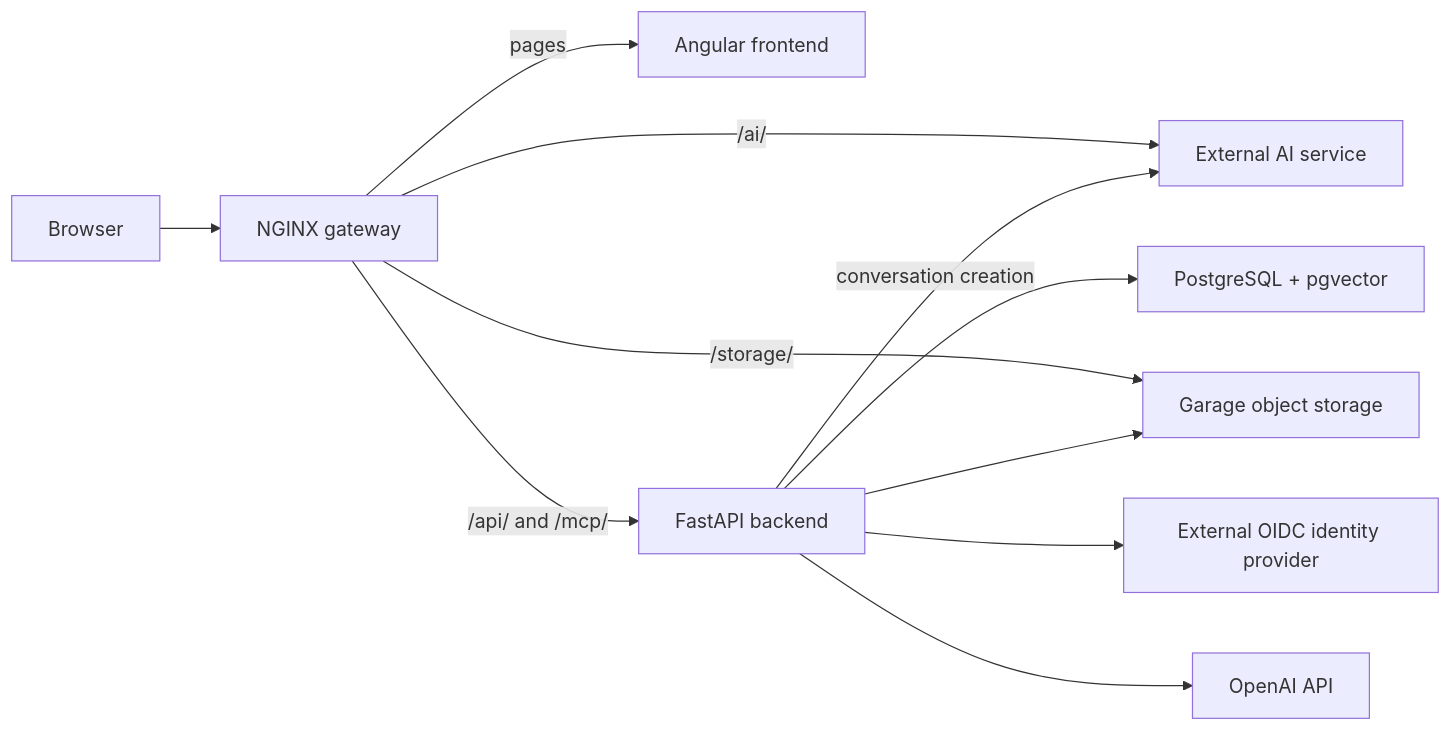
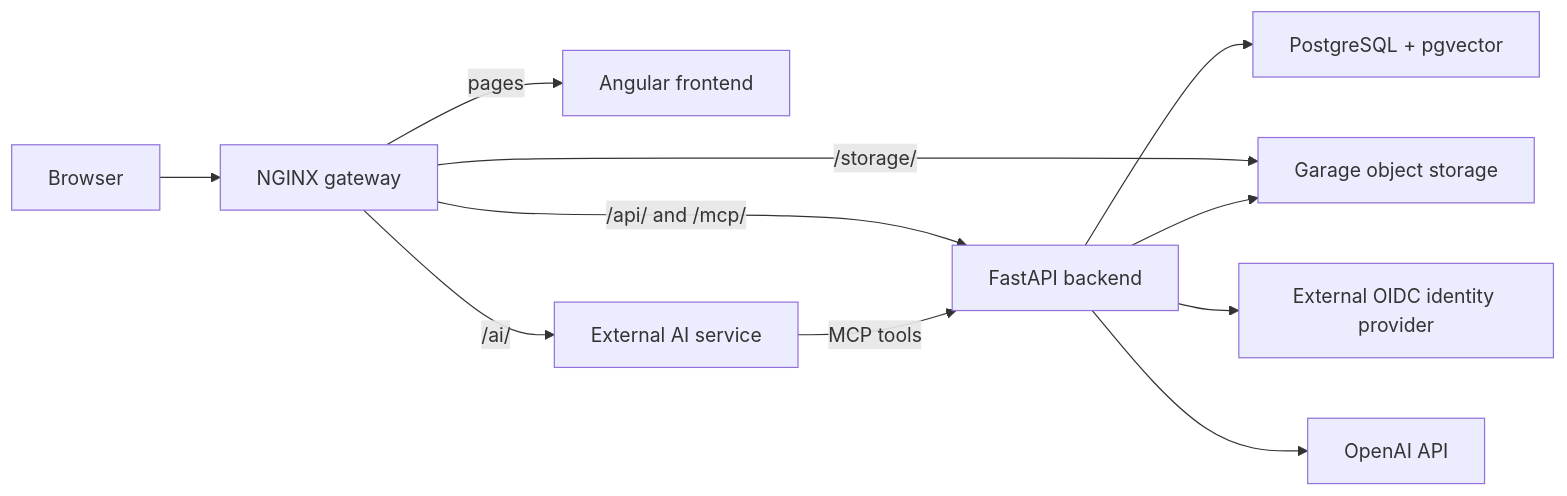
The diagram in docs/navigation.md (roithme0/kochwiki-v2), drawn with Mermaid before and after one commit. The commit also changed other lines of this file and 31 other files, not shown here.

````diff
--- a/docs/navigation.md
+++ b/docs/navigation.md
@@ -7,13 +7,13 @@
 ```mermaid
 flowchart LR
     Browser --> Gateway[NGINX gateway]
     Gateway -->|pages| Frontend[Angular frontend]
     Gateway -->|/api/ and /mcp/| Backend[FastAPI backend]
     Gateway -->|/storage/| Storage[Garage object storage]
     Gateway -->|/ai/| AI[External AI service]
-    Backend -->|conversation creation| AI
+    AI -->|MCP tools| Backend
     Backend --> Database[PostgreSQL + pgvector]
     Backend --> Storage
     Backend --> Identity[External OIDC identity provider]
     Backend --> Embeddings[OpenAI API]
 ```
````
